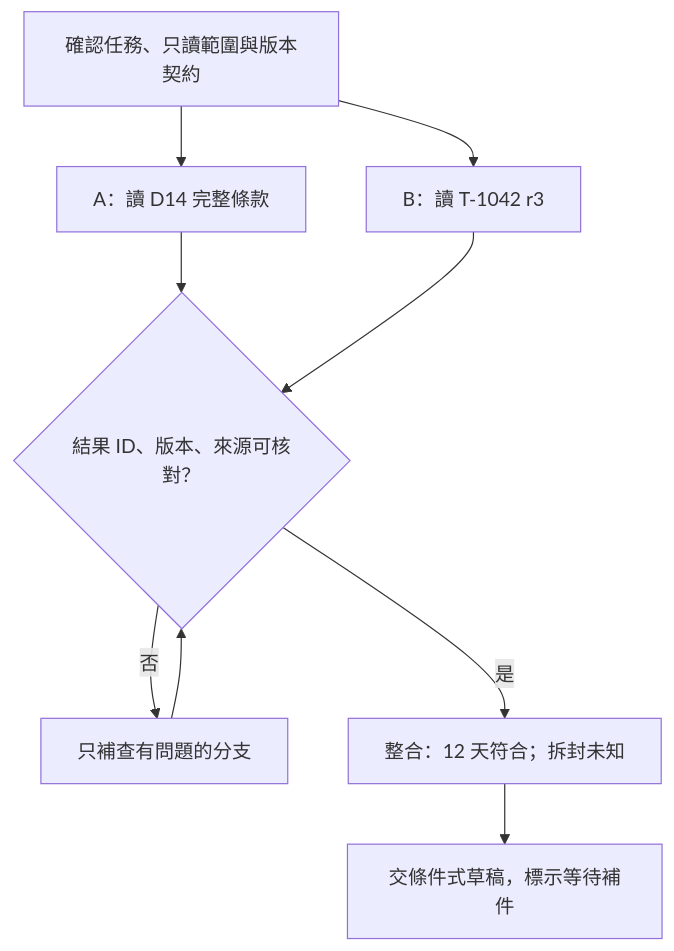
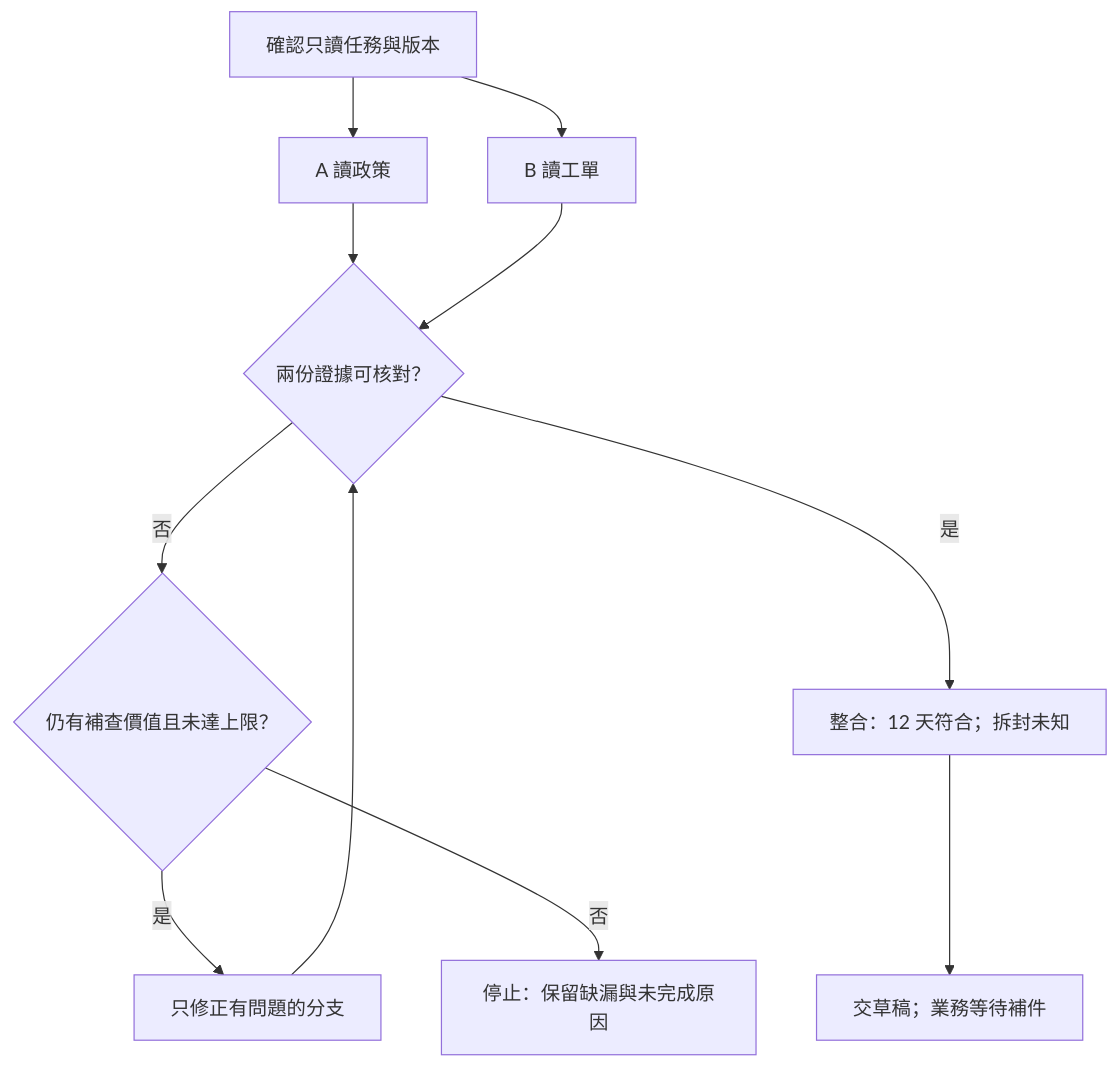
Before and after one commit to easyvibecoding/Agent-Engineering: the diagram in chapters/protocols/10-multi-agent-and-a2a/lesson.md, drawn with Mermaid. The commit also changed other lines of this file and 134 other files, not shown here.

````diff
--- a/chapters/protocols/10-multi-agent-and-a2a/lesson.md
+++ b/chapters/protocols/10-multi-agent-and-a2a/lesson.md
@@ -37,18 +31,22 @@
 ```mermaid
 flowchart TD
-    S[確認任務、只讀範圍與版本契約]
-    A[A：讀 D14 完整條款]
-    B[B：讀 T-1042 r3]
-    V{結果 ID、版本、來源可核對？}
-    R[只補查有問題的分支]
+    S[確認只讀任務與版本]
+    A[A 讀政策]
+    B[B 讀工單]
+    V{兩份證據可核對？}
+    L{仍有補查價值且未達上限？}
+    R[只修正有問題的分支]
+    U[停止：保留缺漏與未完成原因]
     J[整合：12 天符合；拆封未知]
-    D[交條件式草稿，標示等待補件]
+    D[交草稿；業務等待補件]
     S --> A
     S --> B
     A --> V
     B --> V
-    V -- 否 --> R
+    V -- 否 --> L
+    L -- 是 --> R
     R --> V
+    L -- 否 --> U
     V -- 是 --> J
     J --> D
 ```
````
